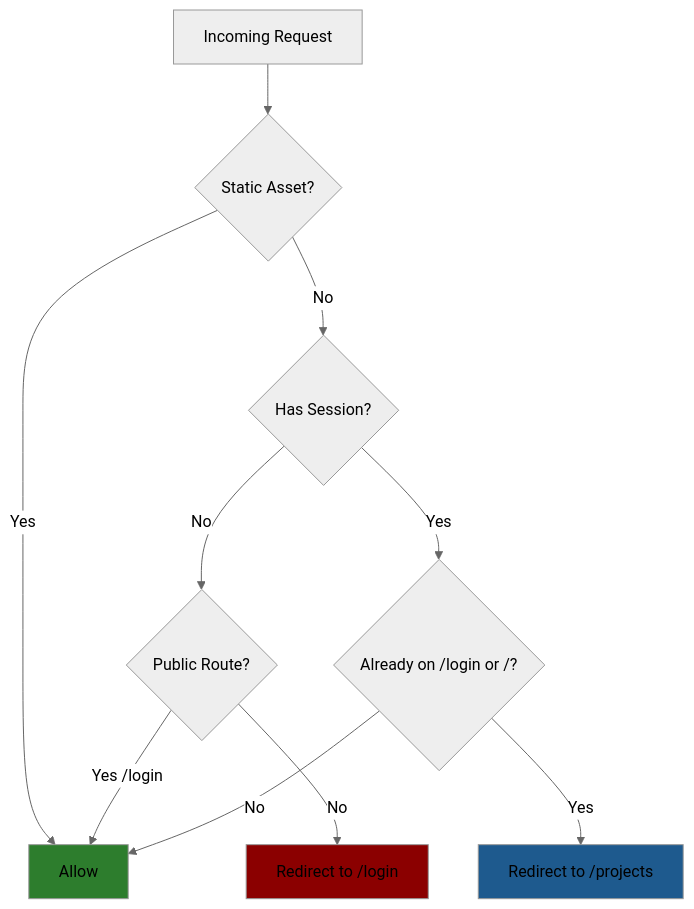
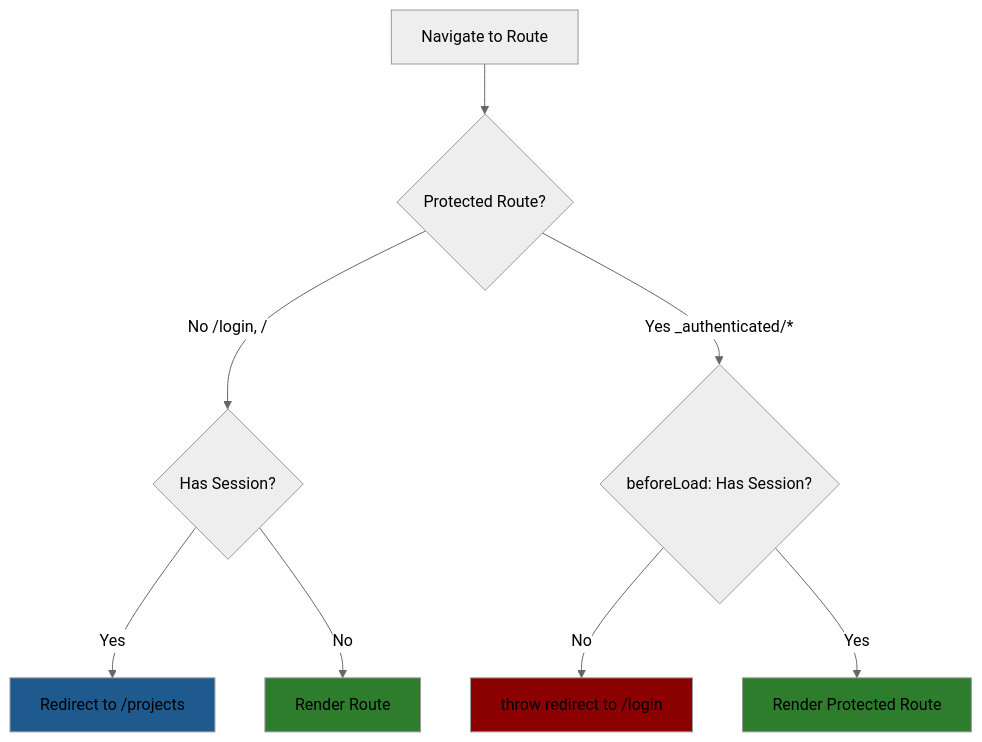
Before and after one commit to haowjy/meridian: the third of 3 diagrams in _docs/technical/frontend/auth-implementation.md, drawn with Mermaid (neutral theme). The commit also changed other lines of this file and 129 other files, not shown here.

````diff
--- a/_docs/technical/frontend/auth-implementation.md
+++ b/_docs/technical/frontend/auth-implementation.md
@@ -54,16 +60,15 @@
 ```mermaid
 flowchart TD
-    A[Incoming Request] --> B{Static Asset?}
-    B -->|Yes| C[Allow]
-    B -->|No| D{Has Session?}
-    D -->|No| E{Public Route?}
-    E -->|Yes /login| C
-    E -->|No| F[Redirect to /login]
-    D -->|Yes| G{Already on /login or /?}
-    G -->|Yes| H[Redirect to /projects]
-    G -->|No| C
+    A[Navigate to Route] --> B{Protected Route?}
+    B -->|No /login, /| C{Has Session?}
+    C -->|Yes| D[Redirect to /projects]
+    C -->|No| E[Render Route]
+    B -->|Yes _authenticated/*| F{beforeLoad: Has Session?}
+    F -->|No| G[throw redirect to /login]
+    F -->|Yes| H[Render Protected Route]
 
-    style C fill:#2d7d2d
-    style F fill:#8b0000
-    style H fill:#1e5a8e
+    style E fill:#2d7d2d
+    style H fill:#2d7d2d
+    style G fill:#8b0000
+    style D fill:#1e5a8e
 ```
````
